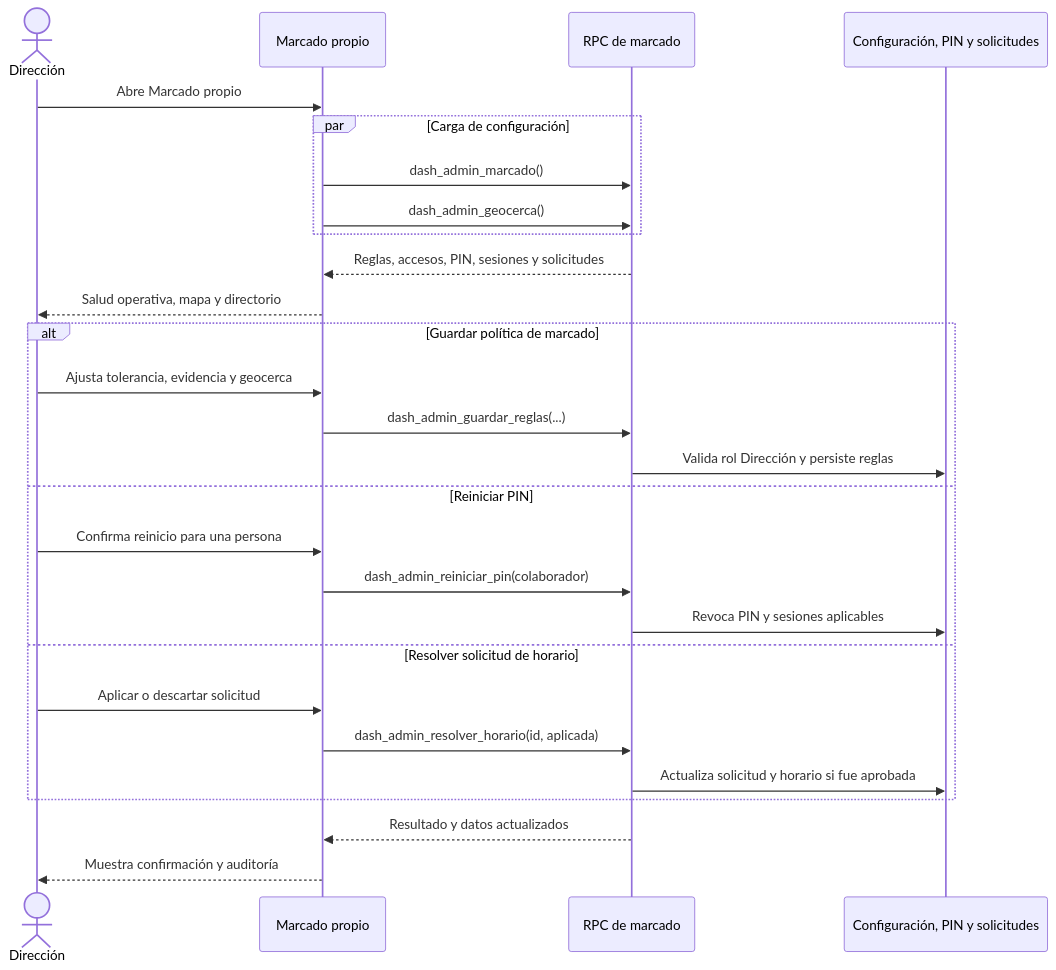
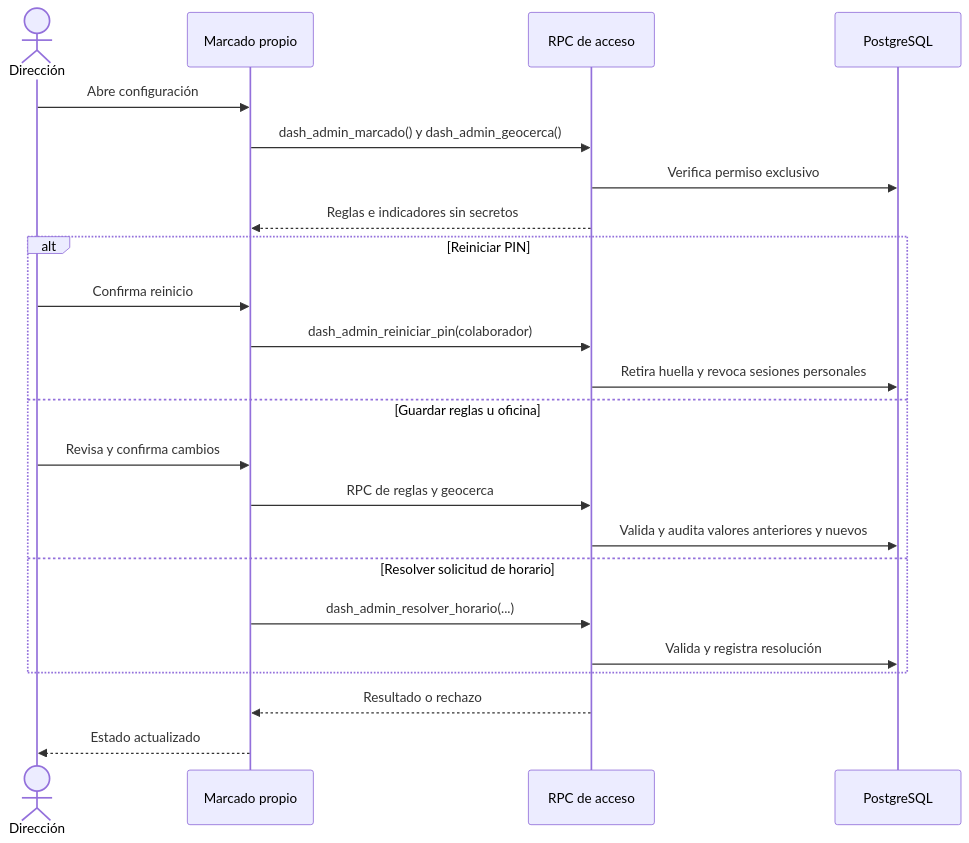
One commit to kjabienestar-ux/KJA changed the tenth of 22 diagrams in docs/20-diagramas-secuencia-administracion.md. Above: the diagram before and after it, drawn with Mermaid. The commit also changed other lines of this file and 4 other files, not shown here.

````diff
--- a/docs/20-diagramas-secuencia-administracion.md
+++ b/docs/20-diagramas-secuencia-administracion.md
@@ -298,31 +306,25 @@
 ```mermaid
 sequenceDiagram
-    actor Dir as Dirección
-    participant Web as Marcado propio
-    participant RPC as RPC de marcado
-    participant DB as Configuración, PIN y solicitudes
-
-    Dir->>Web: Abre Marcado propio
-    par Carga de configuración
-        Web->>RPC: dash_admin_marcado()
-        Web->>RPC: dash_admin_geocerca()
+    actor U as Dirección
+    participant W as Marcado propio
+    participant R as RPC de acceso
+    participant B as PostgreSQL
+    U->>W: Abre configuración
+    W->>R: dash_admin_marcado() y dash_admin_geocerca()
+    R->>B: Verifica permiso exclusivo
+    R-->>W: Reglas e indicadores sin secretos
+    alt Reiniciar PIN
+    U->>W: Confirma reinicio
+    W->>R: dash_admin_reiniciar_pin(colaborador)
+    R->>B: Retira huella y revoca sesiones personales
+    else Guardar reglas u oficina
+    U->>W: Revisa y confirma cambios
+    W->>R: RPC de reglas y geocerca
+    R->>B: Valida y audita valores anteriores y nuevos
+    else Resolver solicitud de horario
+    W->>R: dash_admin_resolver_horario(...)
+    R->>B: Valida y registra resolución
     end
-    RPC-->>Web: Reglas, accesos, PIN, sesiones y solicitudes
-    Web-->>Dir: Salud operativa, mapa y directorio
-
-    alt Guardar política de marcado
-        Dir->>Web: Ajusta tolerancia, evidencia y geocerca
-        Web->>RPC: dash_admin_guardar_reglas(...)
-        RPC->>DB: Valida rol Dirección y persiste reglas
-    else Reiniciar PIN
-        Dir->>Web: Confirma reinicio para una persona
-        Web->>RPC: dash_admin_reiniciar_pin(colaborador)
-        RPC->>DB: Revoca PIN y sesiones aplicables
-    else Resolver solicitud de horario
-        Dir->>Web: Aplicar o descartar solicitud
-        Web->>RPC: dash_admin_resolver_horario(id, aplicada)
-        RPC->>DB: Actualiza solicitud y horario si fue aprobada
-    end
-    RPC-->>Web: Resultado y datos actualizados
-    Web-->>Dir: Muestra confirmación y auditoría
+    R-->>W: Resultado o rechazo
+    W-->>U: Estado actualizado
 ```
````
